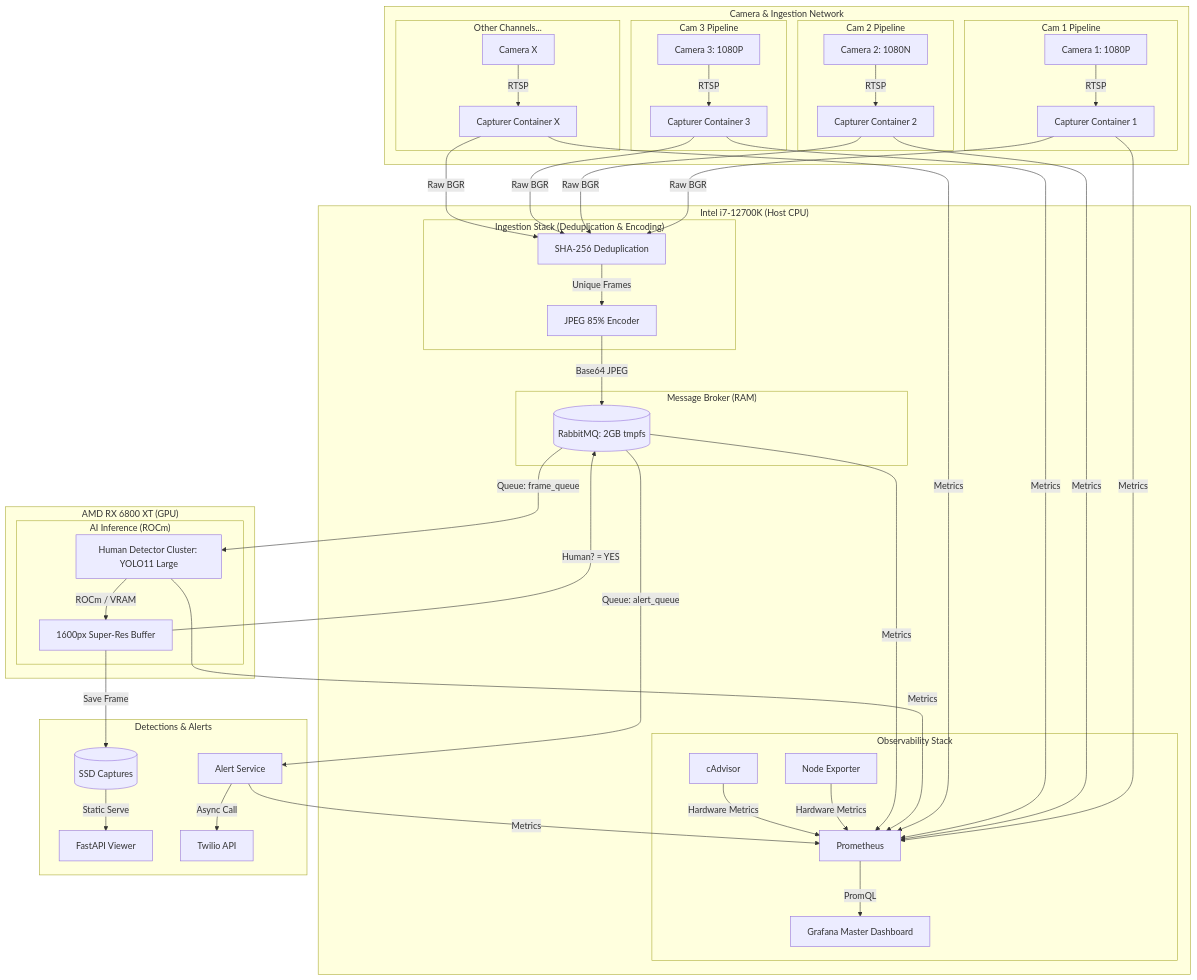
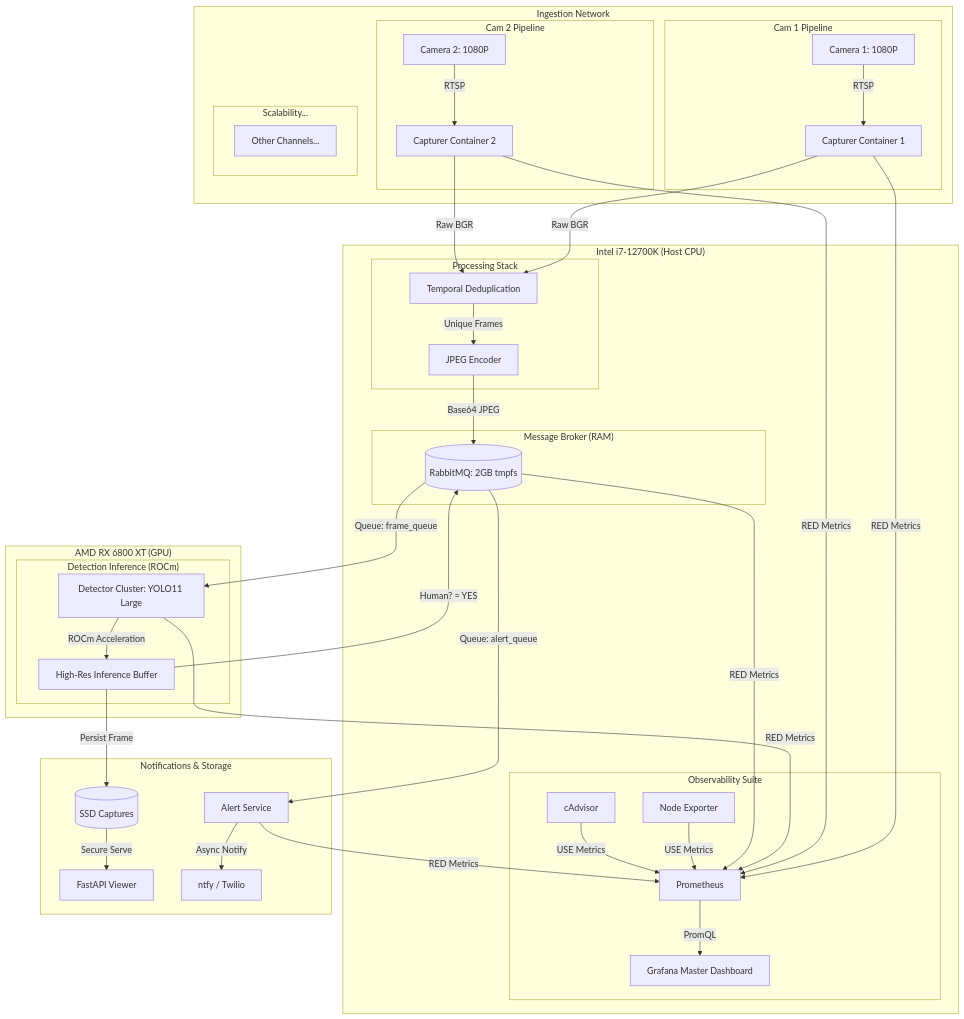
The diagram in README.md (Tahsib/IntruderWatch), drawn with Mermaid before and after one commit. The commit also changed other lines of this file and 2 other files, not shown here.

Commit message:
docs: modernize terminology to industry standards and streamline architecture diagram

````diff
--- a/README.md
+++ b/README.md
@@ -10,75 +9,68 @@
 ```mermaid
 graph TD
-    subgraph "Camera & Ingestion Network"
+    subgraph "Ingestion Network"
         subgraph "Cam 1 Pipeline"
             C1[Camera 1: 1080P]
             FC1[Capturer Container 1]
         end
         subgraph "Cam 2 Pipeline"
-            C2[Camera 2: 1080N]
+            C2[Camera 2: 1080P]
             FC2[Capturer Container 2]
         end
-        subgraph "Cam 3 Pipeline"
-            C3[Camera 3: 1080P]
-            FC3[Capturer Container 3]
-        end
-        subgraph "Other Channels..."
-            CX[Camera X]
-            FCX[Capturer Container X]
+        subgraph "Scalability..."
+            CX[Other Channels...]
         end
     end
 
     subgraph "Intel i7-12700K (Host CPU)"
-        subgraph "Ingestion Stack (Deduplication & Encoding)"
-            HASH[SHA-256 Deduplication]
-            ENC[JPEG 85% Encoder]
+        subgraph "Processing Stack"
+            HASH[Temporal Deduplication]
+            ENC[JPEG Encoder]
         end
 
         subgraph "Message Broker (RAM)"
             RMQ[(RabbitMQ: 2GB tmpfs)]
         end
 
-        subgraph "Observability Stack"
+        subgraph "Observability Suite"
             PROM[Prometheus]
             GRAF[Grafana Master Dashboard]
             CADV[cAdvisor]
             NODE[Node Exporter]
         end
     end
 
     subgraph "AMD RX 6800 XT (GPU)"
-        subgraph "AI Inference (ROCm)"
-            DET[Human Detector Cluster: YOLO11 Large]
-            IMG[1600px Super-Res Buffer]
+        subgraph "Detection Inference (ROCm)"
+            DET[Detector Cluster: YOLO11 Large]
+            BUF[High-Res Inference Buffer]
         end
     end
 
-    subgraph "Detections & Alerts"
+    subgraph "Notifications & Storage"
         ALRT[Alert Service]
         VIEW[FastAPI Viewer]
-        TWLO[Twilio API]
+        NOTI[ntfy / Twilio]
         DISK[(SSD Captures)]
     end
 
     %% Traffic Flow
     C1 -- "RTSP" --> FC1
     C2 -- "RTSP" --> FC2
-    C3 -- "RTSP" --> FC3
-    CX -- "RTSP" --> FCX
     
-    FC1 & FC2 & FC3 & FCX -- "Raw BGR" --> HASH
+    FC1 & FC2 -- "Raw BGR" --> HASH
     HASH -- "Unique Frames" --> ENC
     ENC -- "Base64 JPEG" --> RMQ
     RMQ -- "Queue: frame_queue" --> DET
-    DET -- "ROCm / VRAM" --> IMG
-    IMG -- "Human? = YES" --> RMQ
+    DET -- "ROCm Acceleration" --> BUF
+    BUF -- "Human? = YES" --> RMQ
     RMQ -- "Queue: alert_queue" --> ALRT
-    IMG -- "Save Frame" --> DISK
-    ALRT -- "Async Call" --> TWLO
-    DISK -- "Static Serve" --> VIEW
+    BUF -- "Persist Frame" --> DISK
+    ALRT -- "Async Notify" --> NOTI
+    DISK -- "Secure Serve" --> VIEW
     
     %% Monitoring Flow
-    FC1 & FC2 & FC3 & FCX & DET & ALRT & RMQ -- "Metrics" --> PROM
-    NODE & CADV -- "Hardware Metrics" --> PROM
+    FC1 & FC2 & DET & ALRT & RMQ -- "RED Metrics" --> PROM
+    NODE & CADV -- "USE Metrics" --> PROM
     PROM -- "PromQL" --> GRAF
 ```
````
